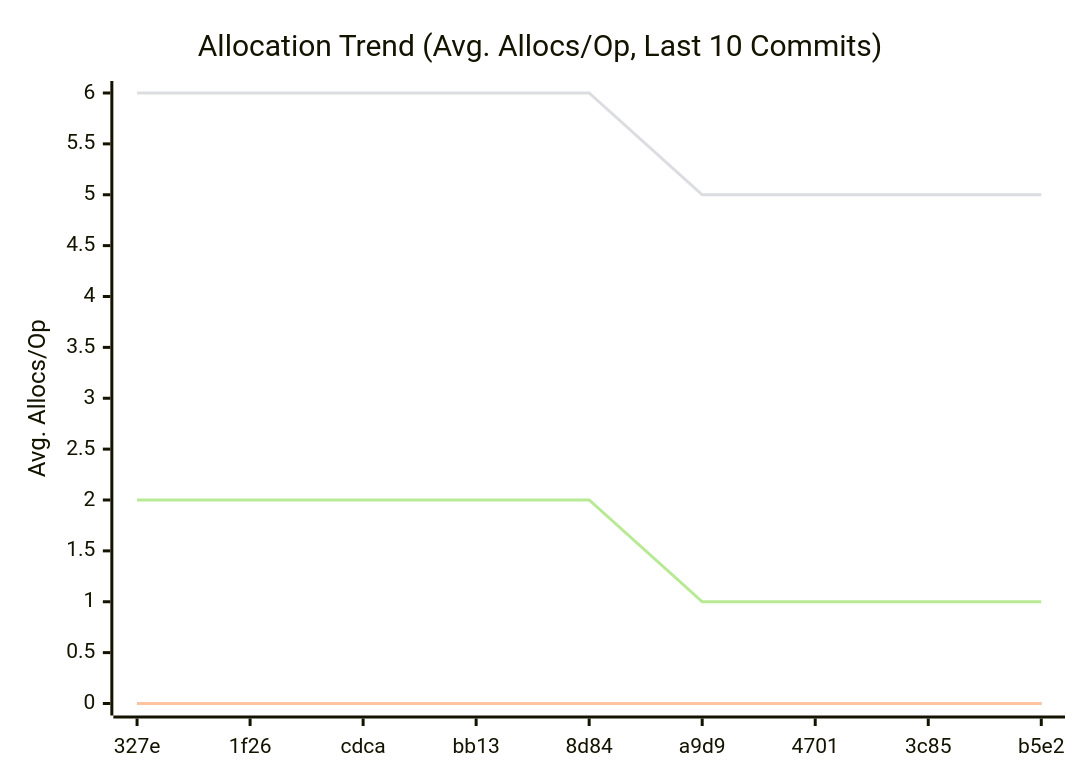
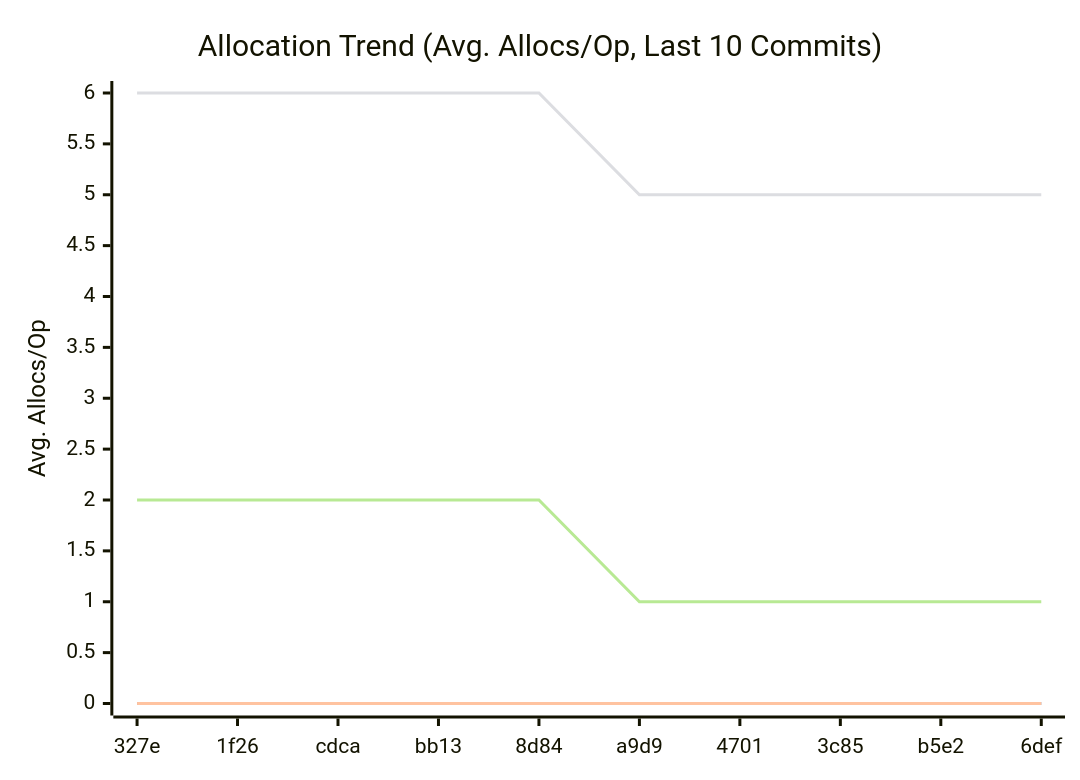
The third of 3 diagrams in doc/README.md (alsotoes/momo), drawn with Mermaid before and after one commit. The commit also changed other lines of this file and 1 other file, not shown here.

````diff
--- a/doc/README.md
+++ b/doc/README.md
@@ -316,12 +316,12 @@
 ```mermaid
 xychart-beta
     title "Allocation Trend (Avg. Allocs/Op, Last 10 Commits)"
     x-axis "Commit"
     y-axis "Avg. Allocs/Op"
-    x-axis [327e,1f26,cdca,bb13,8d84,a9d9,4701,3c85,b5e2]
+    x-axis [327e,1f26,cdca,bb13,8d84,a9d9,4701,3c85,b5e2,6def]
     line "CheckMetricsAndSwap" [0,0,0,0,0,0,0,0,0,0]
     line "IndexDirectTracking" [0,0,0,0,0,0,0,0,0,0]
     line "IndexSearch" [0,0,0,0,0,0,0,0,0,0]
-    line "ParseReplicationOrder_NoPrealloc" [6,6,6,6,6,5,5,5,5]
-    line "ParseReplicationOrder_Prealloc" [2,2,2,2,2,1,1,1,1]
+    line "ParseReplicationOrder_NoPrealloc" [6,6,6,6,6,5,5,5,5,5]
+    line "ParseReplicationOrder_Prealloc" [2,2,2,2,2,1,1,1,1,1]
 ```
````
